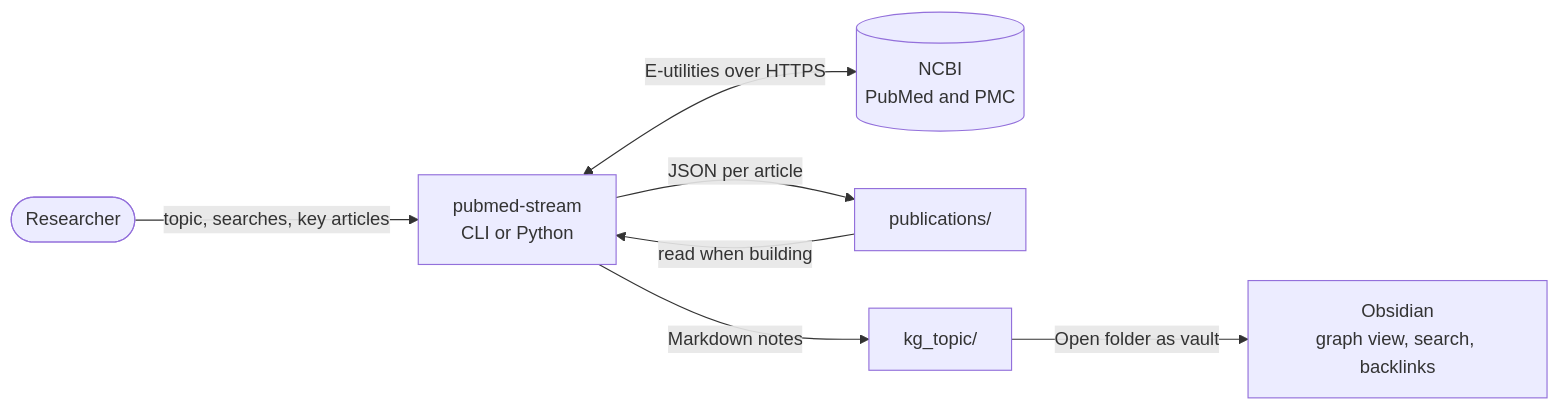
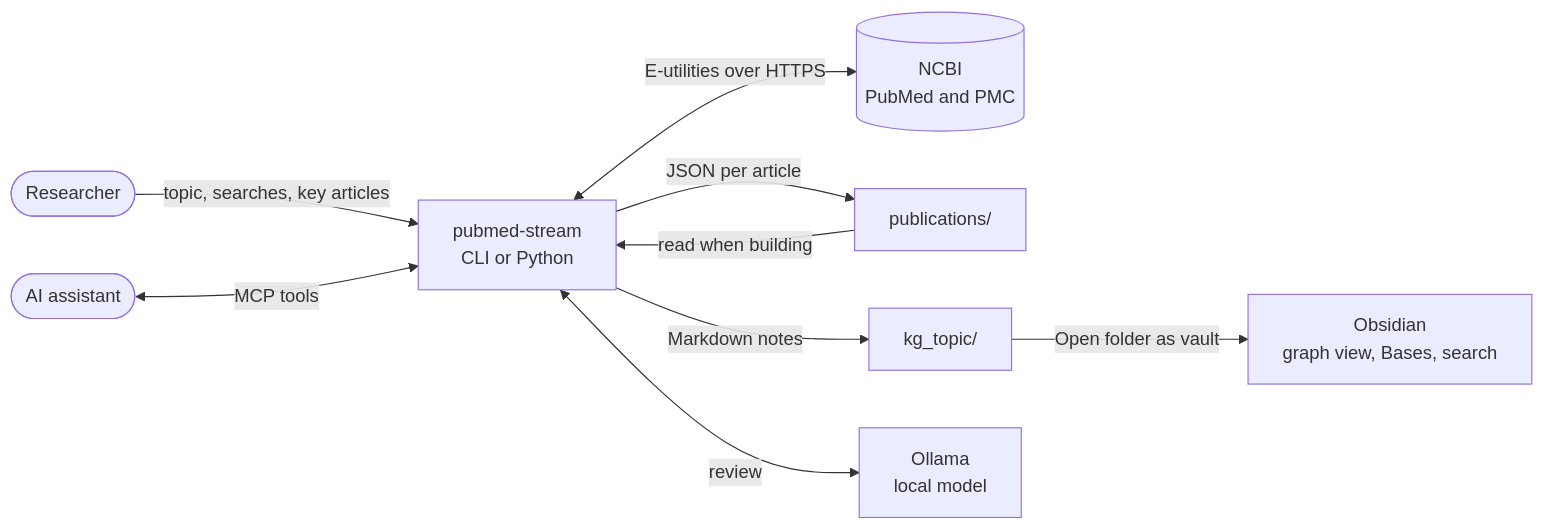
Before and after one commit to melhzy/pubmed-stream: the first of 10 diagrams in docs/ARCHITECTURE.md, drawn with Mermaid. The commit also changed other lines of this file and 22 other files, not shown here.

First line of the commit message:
docs: Add the AI assistant tutorial for medical students, with charts

````diff
--- a/docs/ARCHITECTURE.md
+++ b/docs/ARCHITECTURE.md
@@ -30,9 +31,11 @@
 ```mermaid
 flowchart LR
     U(["Researcher"]) -->|"topic, searches, key articles"| PS["pubmed-stream<br/>CLI or Python"]
     PS <-->|"E-utilities over HTTPS"| NCBI[("NCBI<br/>PubMed and PMC")]
     PS -->|"JSON per article"| PUB["publications/"]
     PS -->|"Markdown notes"| KG["kg_topic/"]
-    KG -->|"Open folder as vault"| OBS["Obsidian<br/>graph view, search, backlinks"]
+    KG -->|"Open folder as vault"| OBS["Obsidian<br/>graph view, Bases, search"]
     PUB -->|"read when building"| PS
+    AI(["AI assistant"]) <-->|"MCP tools"| PS
+    PS <-->|"review"| OL["Ollama<br/>local model"]
 ```
````
